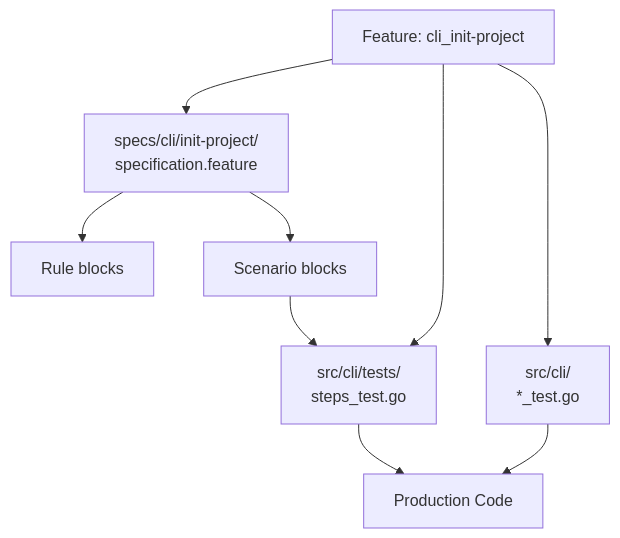
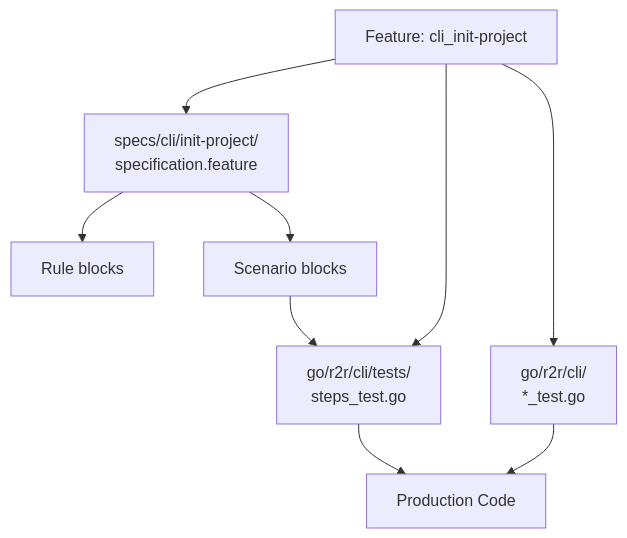
The third of 5 diagrams in docs/explanation/specifications/three-layer-approach.md (ready-to-release/eac), drawn with Mermaid before and after one commit. The commit also changed 1113 other files, not shown here.

````diff
--- a/docs/explanation/specifications/three-layer-approach.md
+++ b/docs/explanation/specifications/three-layer-approach.md
@@ -186,14 +186,14 @@
 ```mermaid
 flowchart TD
     Feature[Feature: cli_init-project] --> Spec[specs/cli/init-project/<br/>specification.feature]
-    Feature --> Steps[src/cli/tests/<br/>steps_test.go]
-    Feature --> Unit[src/cli/<br/>*_test.go]
+    Feature --> Steps[go/r2r/cli/tests/<br/>steps_test.go]
+    Feature --> Unit[go/r2r/cli/<br/>*_test.go]
 
     Spec --> Rules[Rule blocks]
     Spec --> Scenarios[Scenario blocks]
 
     Scenarios --> Steps
     Steps --> Code[Production Code]
     Unit --> Code
 
 ```
````
